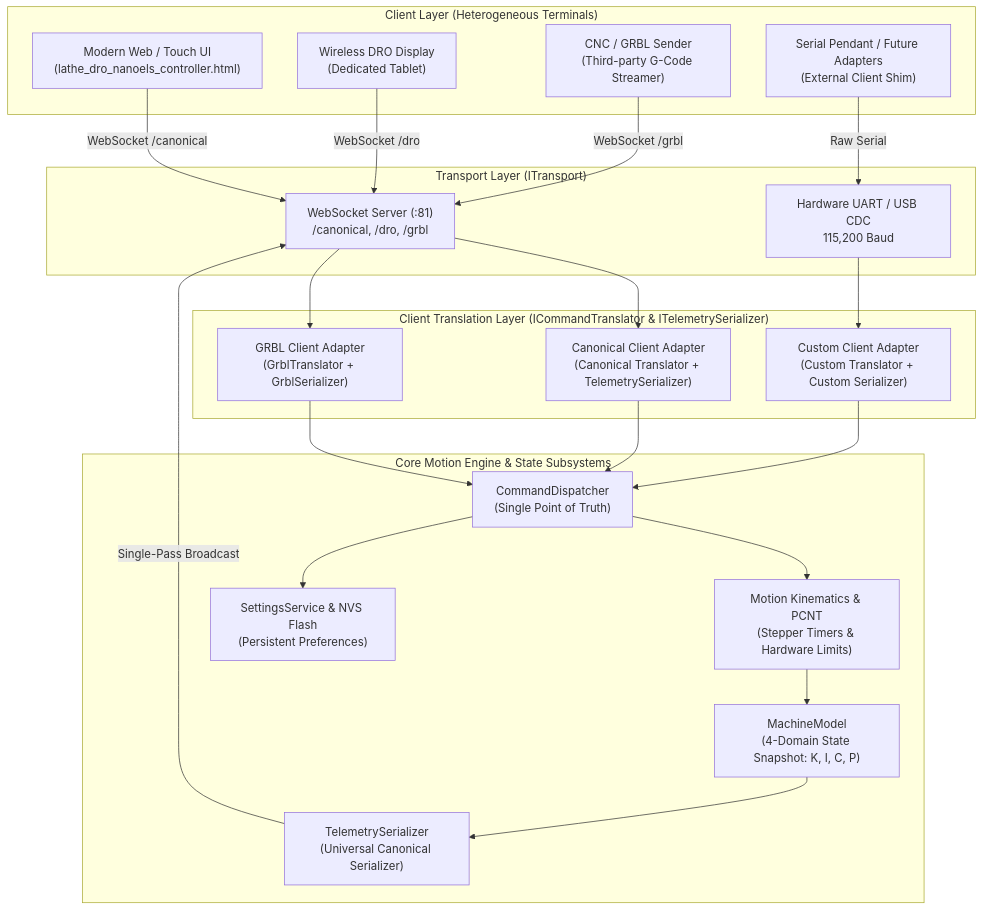
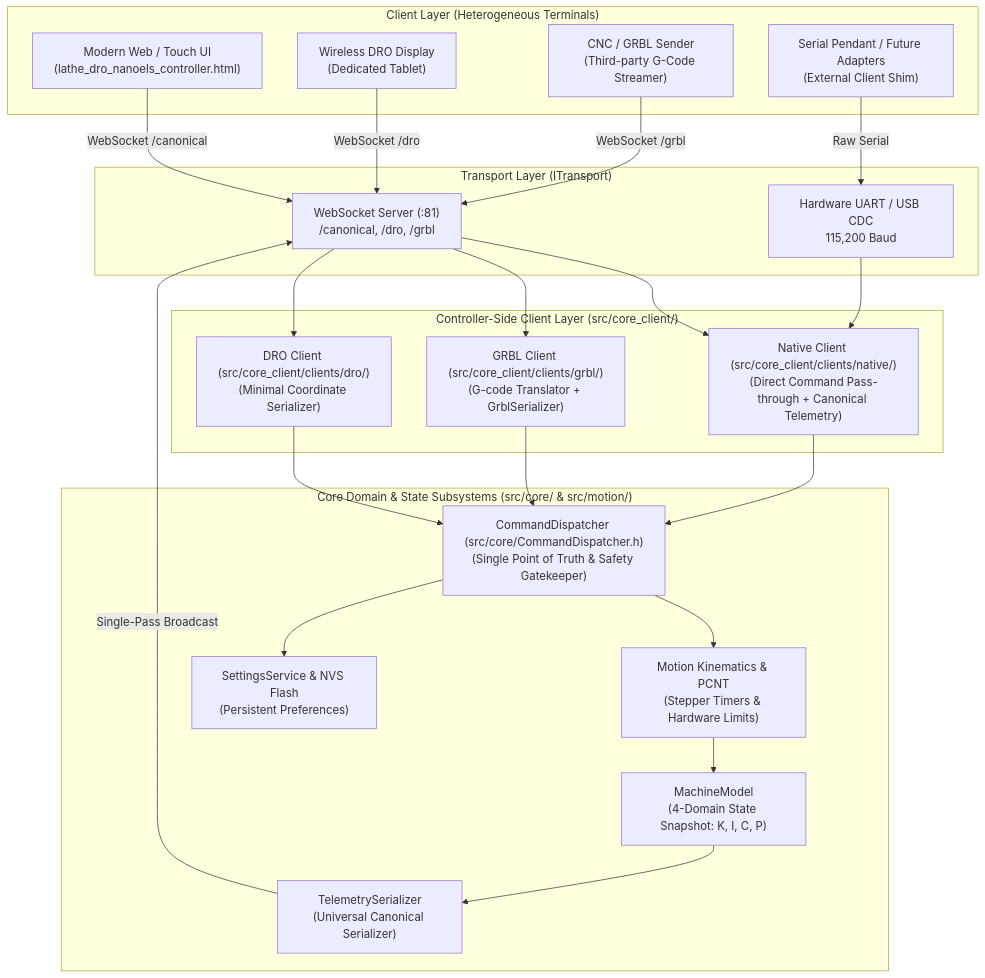
One commit to emmelcf/whatELS changed the diagram in docs/clients/ELS_CLIENT_ARCHITECTURE.md. Above: the diagram before and after it, drawn with Mermaid. The commit also changed other lines of this file and 3 other files, not shown here.

Commit message:
docs(architecture): document ADR 0003 CommandResult and core_client architecture

````diff
--- a/docs/clients/ELS_CLIENT_ARCHITECTURE.md
+++ b/docs/clients/ELS_CLIENT_ARCHITECTURE.md
@@ -37,47 +37,48 @@
 ```mermaid
 graph TD
     subgraph Client_Layer ["Client Layer (Heterogeneous Terminals)"]
         WebUI["Modern Web / Touch UI\n(lathe_dro_nanoels_controller.html)"]
         DROTablet["Wireless DRO Display\n(Dedicated Tablet)"]
         GrblSender["CNC / GRBL Sender\n(Third-party G-Code Streamer)"]
         SerialPendant["Serial Pendant / Future Adapters\n(External Client Shim)"]
     end
 
     subgraph Transport_Layer ["Transport Layer (ITransport)"]
         WSServer["WebSocket Server (:81)\n/canonical, /dro, /grbl"]
         SerialUART["Hardware UART / USB CDC\n115,200 Baud"]
     end
 
-    subgraph Translation_Layer ["Client Translation Layer (ICommandTranslator & ITelemetrySerializer)"]
-        CanonicalTrans["Canonical Client Adapter\n(Canonical Translator + TelemetrySerializer)"]
-        GrblTrans["GRBL Client Adapter\n(GrblTranslator + GrblSerializer)"]
-        CustomTrans["Custom Client Adapter\n(Custom Translator + Custom Serializer)"]
+    subgraph Core_Client_Layer ["Controller-Side Client Layer (src/core_client/)"]
+        NativeClient["Native Client (src/core_client/clients/native/)\n(Direct Command Pass-through + Canonical Telemetry)"]
+        GrblClient["GRBL Client (src/core_client/clients/grbl/)\n(G-code Translator + GrblSerializer)"]
+        DroClient["DRO Client (src/core_client/clients/dro/)\n(Minimal Coordinate Serializer)"]
     end
 
-    subgraph Core_Motion ["Core Motion Engine & State Subsystems"]
-        Dispatcher["CommandDispatcher\n(Single Point of Truth)"]
+    subgraph Core_Domain ["Core Domain & State Subsystems (src/core/ & src/motion/)"]
+        Dispatcher["CommandDispatcher (src/core/CommandDispatcher.h)\n(Single Point of Truth & Safety Gatekeeper)"]
         MotionCore["Motion Kinematics & PCNT\n(Stepper Timers & Hardware Limits)"]
         SettingsSvc["SettingsService & NVS Flash\n(Persistent Preferences)"]
         MachineModel["MachineModel\n(4-Domain State Snapshot: K, I, C, P)"]
         CoreSerializer["TelemetrySerializer\n(Universal Canonical Serializer)"]
     end
 
     WebUI -->|WebSocket /canonical| WSServer
     DROTablet -->|WebSocket /dro| WSServer
     GrblSender -->|WebSocket /grbl| WSServer
     SerialPendant -->|Raw Serial| SerialUART
 
-    WSServer --> CanonicalTrans
-    WSServer --> GrblTrans
-    SerialUART --> CustomTrans
+    WSServer --> NativeClient
+    WSServer --> GrblClient
+    WSServer --> DroClient
+    SerialUART --> NativeClient
 
-    CanonicalTrans --> Dispatcher
-    GrblTrans --> Dispatcher
-    CustomTrans --> Dispatcher
+    NativeClient --> Dispatcher
+    GrblClient --> Dispatcher
+    DroClient --> Dispatcher
 
     Dispatcher --> MotionCore
     Dispatcher --> SettingsSvc
     MotionCore --> MachineModel
     MachineModel --> CoreSerializer
     CoreSerializer -->|Single-Pass Broadcast| WSServer
 ```
````
